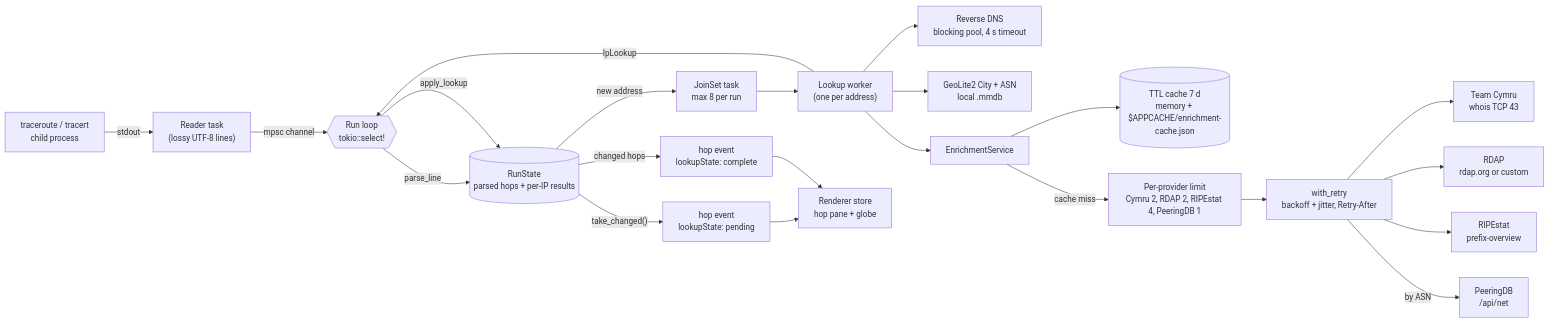
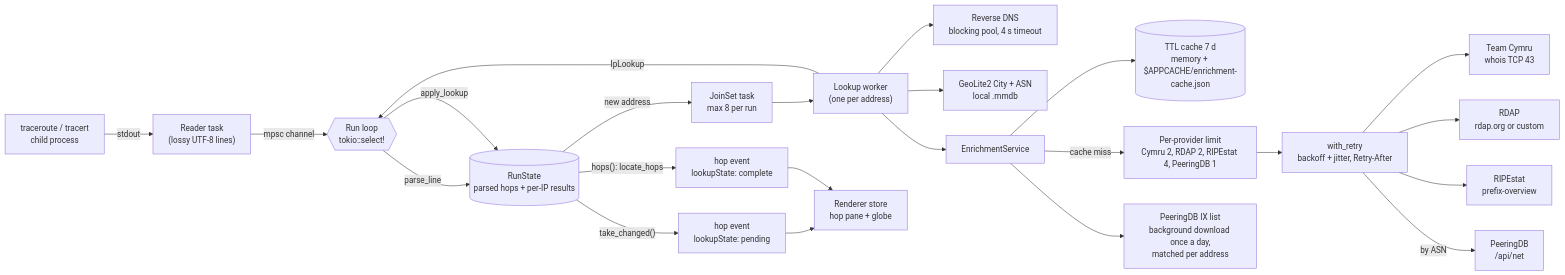
One commit to rush-skills/vistracer changed the first of 2 diagrams in docs/architecture.md. Above: the diagram before and after it, drawn with Mermaid. The commit also changed other lines of this file and 3 other files, not shown here.

First line of the commit message:
Document hop locations, the IX list and the RTT check; drop the deferred anycast note

````diff
--- a/docs/architecture.md
+++ b/docs/architecture.md
@@ -14,24 +14,25 @@
 ```mermaid
 flowchart LR
     proc["traceroute / tracert<br/>child process"] -->|stdout| reader["Reader task<br/>(lossy UTF-8 lines)"]
     reader -->|mpsc channel| loop{{"Run loop<br/>tokio::select!"}}
     loop -->|parse_line| state[("RunState<br/>parsed hops + per-IP results")]
     state -->|"take_changed()"| early["hop event<br/>lookupState: pending"]
     state -->|new address| spawn["JoinSet task<br/>max 8 per run"]
     spawn --> worker["Lookup worker<br/>(one per address)"]
     worker --> dns["Reverse DNS<br/>blocking pool, 4 s timeout"]
     worker --> geolite["GeoLite2 City + ASN<br/>local .mmdb"]
     worker --> enrich["EnrichmentService"]
     enrich --> cache[("TTL cache 7 d<br/>memory + $APPCACHE/enrichment-cache.json")]
     enrich -->|cache miss| limit["Per-provider limit<br/>Cymru 2, RDAP 2, RIPEstat 4, PeeringDB 1"]
     limit --> retry["with_retry<br/>backoff + jitter, Retry-After"]
     retry --> cymru["Team Cymru<br/>whois TCP 43"]
     retry --> rdap["RDAP<br/>rdap.org or custom"]
     retry --> ripe["RIPEstat<br/>prefix-overview"]
     retry -->|by ASN| pdb["PeeringDB<br/>/api/net"]
+    enrich --> ixlist["PeeringDB IX list<br/>background download once a day,<br/>matched per address"]
     worker -->|IpLookup| loop
     loop -->|apply_lookup| state
-    state -->|changed hops| late["hop event<br/>lookupState: complete"]
+    state -->|"hops(): locate_hops"| late["hop event<br/>lookupState: complete"]
     early --> ui["Renderer store<br/>hop pane + globe"]
     late --> ui
 ```
````
